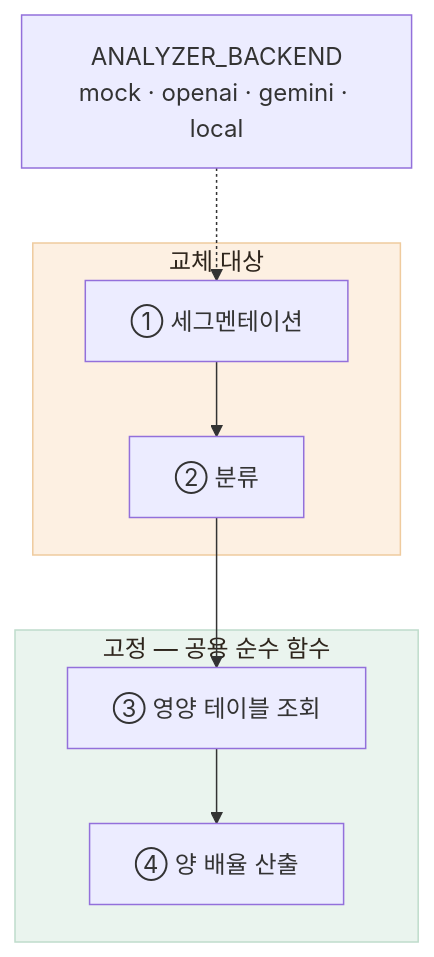
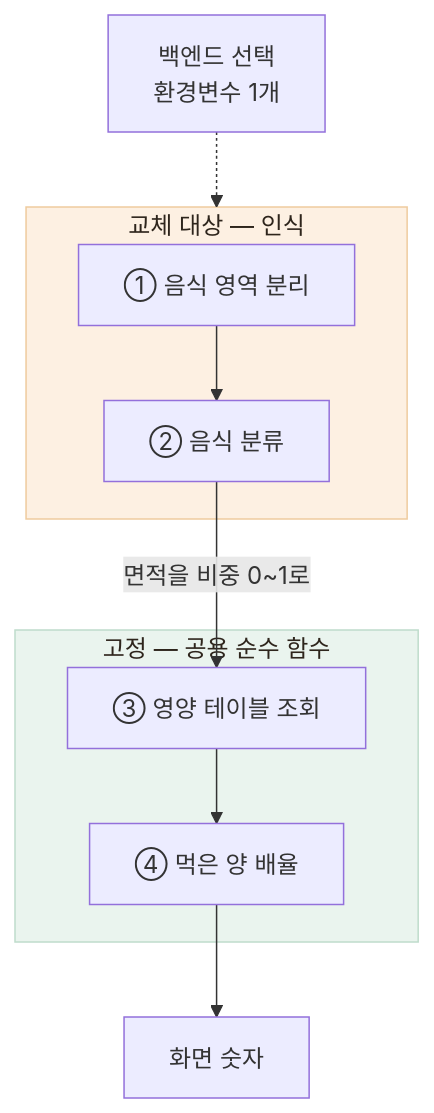
Before and after one commit to Jinacker/PortFolio: the diagram in public/mds/kkinitalk/impl-1-model.md, drawn with Mermaid. The commit also changed other lines of this file and 6 other files, not shown here.

````diff
--- a/public/mds/kkinitalk/impl-1-model.md
+++ b/public/mds/kkinitalk/impl-1-model.md
@@ -59,18 +42,19 @@
 ```mermaid
 flowchart TB
-    ENV["ANALYZER_BACKEND<br/>mock · openai · gemini · local"]
+    ENV["백엔드 선택<br/>환경변수 1개"]
 
-    subgraph SWAP["교체 대상"]
-        S1["① 세그멘테이션"] --> S2["② 분류"]
+    subgraph SWAP["교체 대상 — 인식"]
+        S1["① 음식 영역 분리"] --> S2["② 음식 분류"]
     end
 
     subgraph FIX["고정 — 공용 순수 함수"]
-        S3["③ 영양 테이블 조회"] --> S4["④ 양 배율 산출"]
+        S3["③ 영양 테이블 조회"] --> S4["④ 먹은 양 배율"]
     end
 
-    ENV -.-> S1
-    S2 --> S3
+    ENV -.-> SWAP
+    S2 -->|"면적을 비중 0~1로"| S3
+    S4 --> OUT["화면 숫자"]
 
     style SWAP fill:#FDF0E2,stroke:#EFCB9E,color:#2E251C
     style FIX fill:#EAF4EE,stroke:#BFDCCB,color:#2E251C
 ```
````
